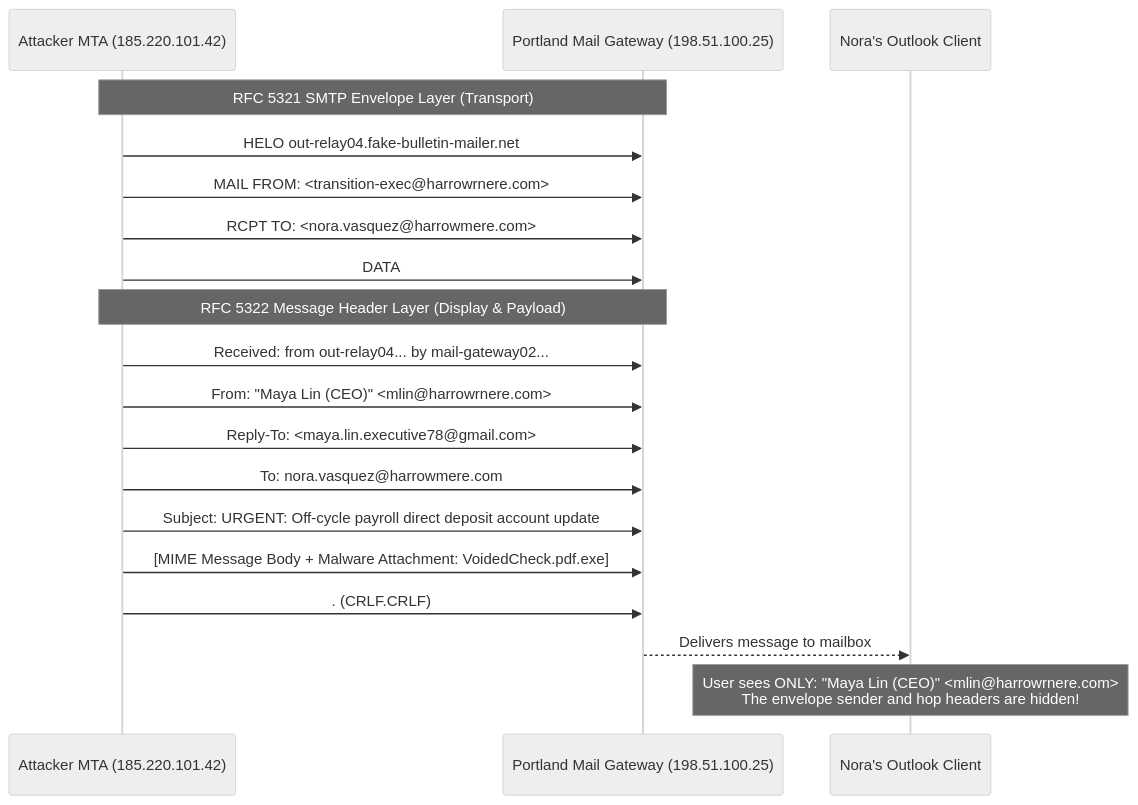
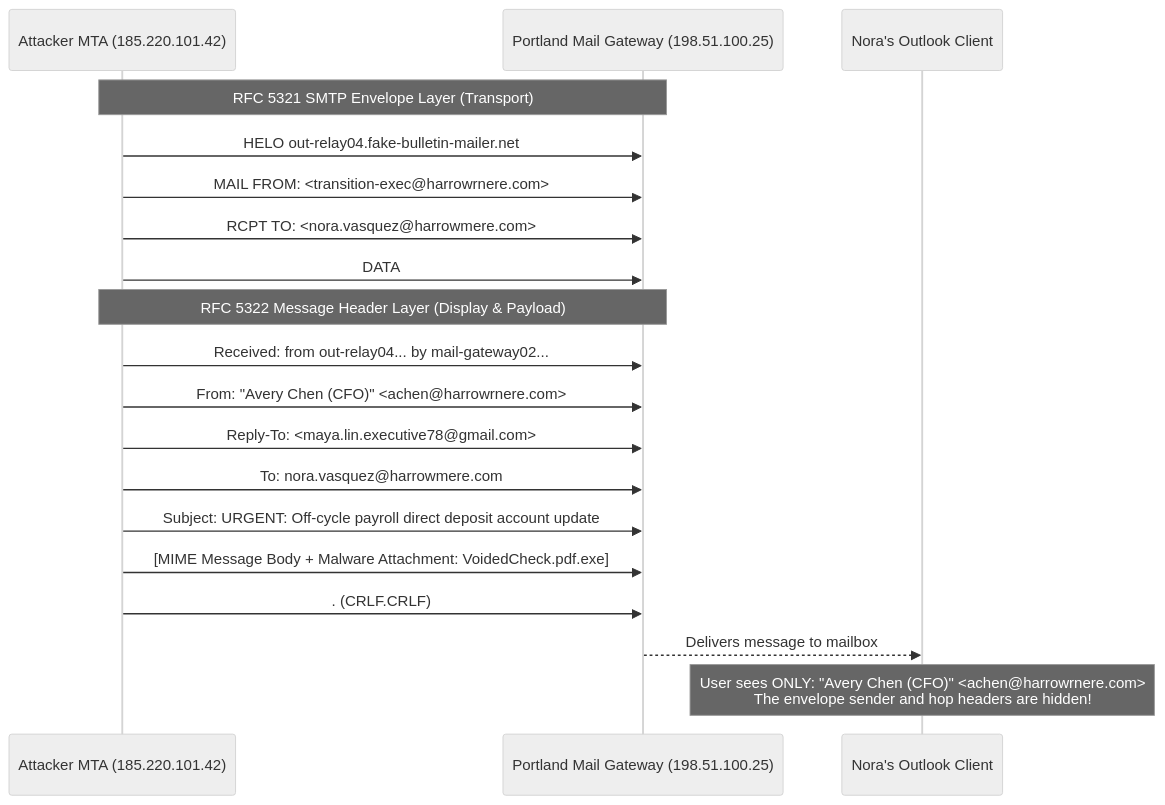
One commit to cwarloe/learning-narrative-kit changed the first of 3 diagrams in docs/portland-desk/workbench/09-dont-click-that.md. Above: the diagram before and after it, drawn with Mermaid (neutral theme). The commit also changed other lines of this file and 23 other files, not shown here.

````diff
--- a/docs/portland-desk/workbench/09-dont-click-that.md
+++ b/docs/portland-desk/workbench/09-dont-click-that.md
@@ -82,24 +70,24 @@
 ```mermaid
 sequenceDiagram
     participant Sender as Attacker MTA (185.220.101.42)
     participant Gateway as Portland Mail Gateway (198.51.100.25)
     participant Recipient as Nora's Outlook Client
 
     Note over Sender,Gateway: RFC 5321 SMTP Envelope Layer (Transport)
     Sender->>Gateway: HELO out-relay04.fake-bulletin-mailer.net
     Sender->>Gateway: MAIL FROM: <transition-exec@harrowrnere.com>
     Sender->>Gateway: RCPT TO: <nora.vasquez@harrowmere.com>
     Sender->>Gateway: DATA
 
     Note over Sender,Gateway: RFC 5322 Message Header Layer (Display & Payload)
     Sender->>Gateway: Received: from out-relay04... by mail-gateway02...
-    Sender->>Gateway: From: "Maya Lin (CEO)" <mlin@harrowrnere.com>
+    Sender->>Gateway: From: "Avery Chen (CFO)" <achen@harrowrnere.com>
     Sender->>Gateway: Reply-To: <maya.lin.executive78@gmail.com>
     Sender->>Gateway: To: nora.vasquez@harrowmere.com
     Sender->>Gateway: Subject: URGENT: Off-cycle payroll direct deposit account update
     Sender->>Gateway: [MIME Message Body + Malware Attachment: VoidedCheck.pdf.exe]
     Sender->>Gateway: . (CRLF.CRLF)
 
     Gateway-->>Recipient: Delivers message to mailbox
-    Note over Recipient: User sees ONLY: "Maya Lin (CEO)" <mlin@harrowrnere.com><br/>The envelope sender and hop headers are hidden!
+    Note over Recipient: User sees ONLY: "Avery Chen (CFO)" <achen@harrowrnere.com><br/>The envelope sender and hop headers are hidden!
 ```
````
